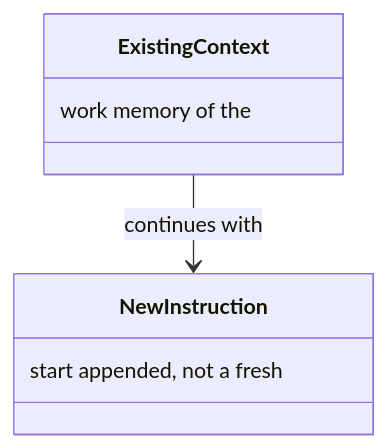
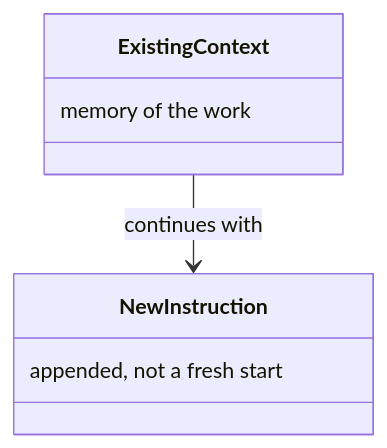
One commit to m2ux/workflow-server changed diagram 16 of 18 in docs/dispatch.md. Above: the diagram before and after it, drawn with Mermaid. The commit also changed other lines of this file and 10 other files, not shown here.

Commit message:
Write each class-box note in reading order so the diagram shows the phrase as written.

````diff
--- a/docs/dispatch.md
+++ b/docs/dispatch.md
@@ -266,10 +266,10 @@
 ```mermaid
 classDiagram
   class ExistingContext {
-    work memory of the
+    memory of the work
   }
   class NewInstruction {
-    start appended, not a fresh
+    appended, not a fresh start
   }
   ExistingContext --> NewInstruction : continues with
 ```
````
